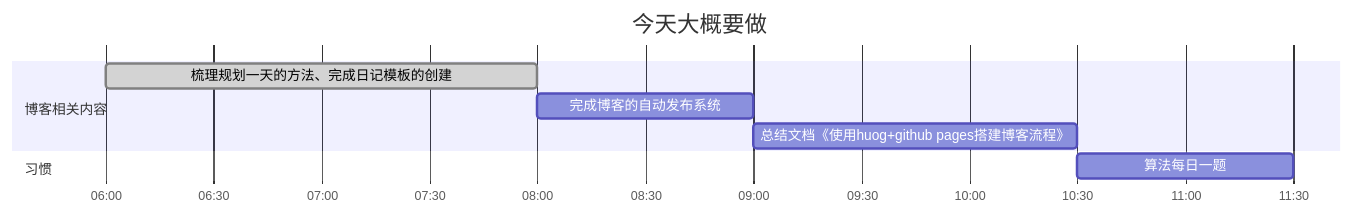
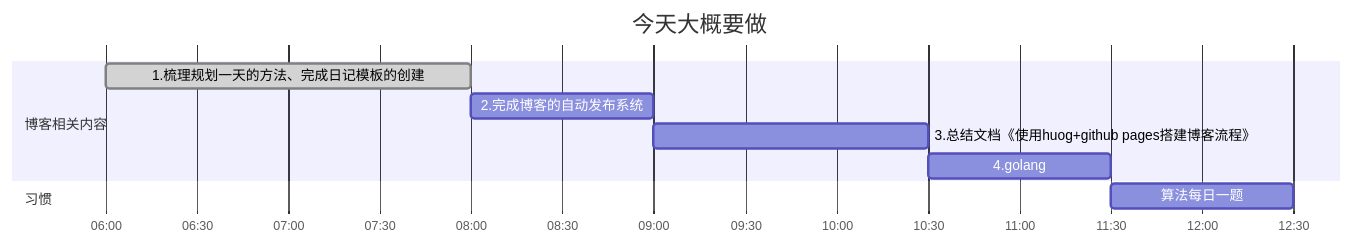
The first of 2 diagrams in content/posts/diary/2023-05-11.md (904566722/study-blog), drawn with Mermaid before and after one commit. The commit also changed other lines of this file and 8 other files, not shown here.

````diff
--- a/content/posts/diary/2023-05-11.md
+++ b/content/posts/diary/2023-05-11.md
@@ -22,15 +22,16 @@
 ```mermaid
 gantt
 dateFormat HH:mm
 axisFormat %H:%M
 tickInterval 1h
 title 今天大概要做
 
 section 博客相关内容
-梳理规划一天的方法、完成日记模板的创建:done,riji,06:00, 2h
-完成博客的自动发布系统:fabu, after riji, 1h
-总结文档《使用huog+github pages搭建博客流程》:after fabu, 90m
+1.梳理规划一天的方法、完成日记模板的创建:done,riji,06:00, 2h
+2.完成博客的自动发布系统:fabu, after riji, 1h
+3.总结文档《使用huog+github pages搭建博客流程》:after fabu, 90m
+4.golang: 1h
 
 section 习惯
 算法每日一题: 1h
 ```
````
